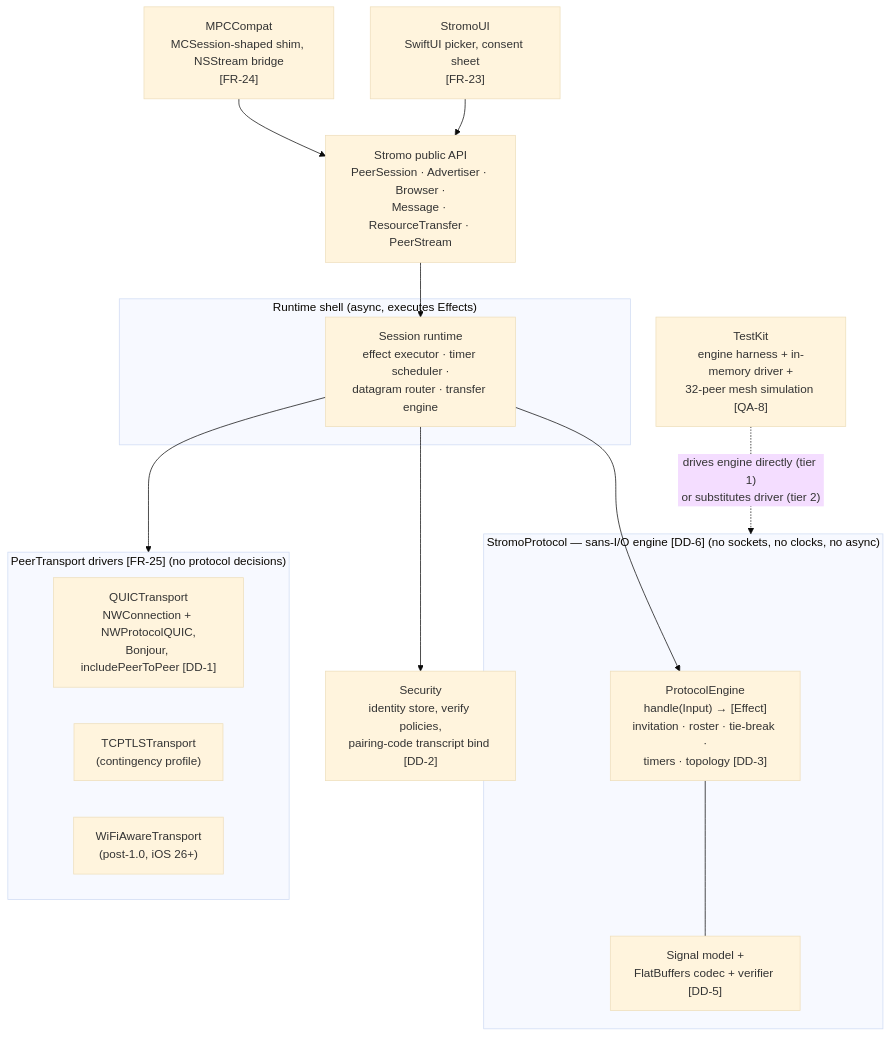
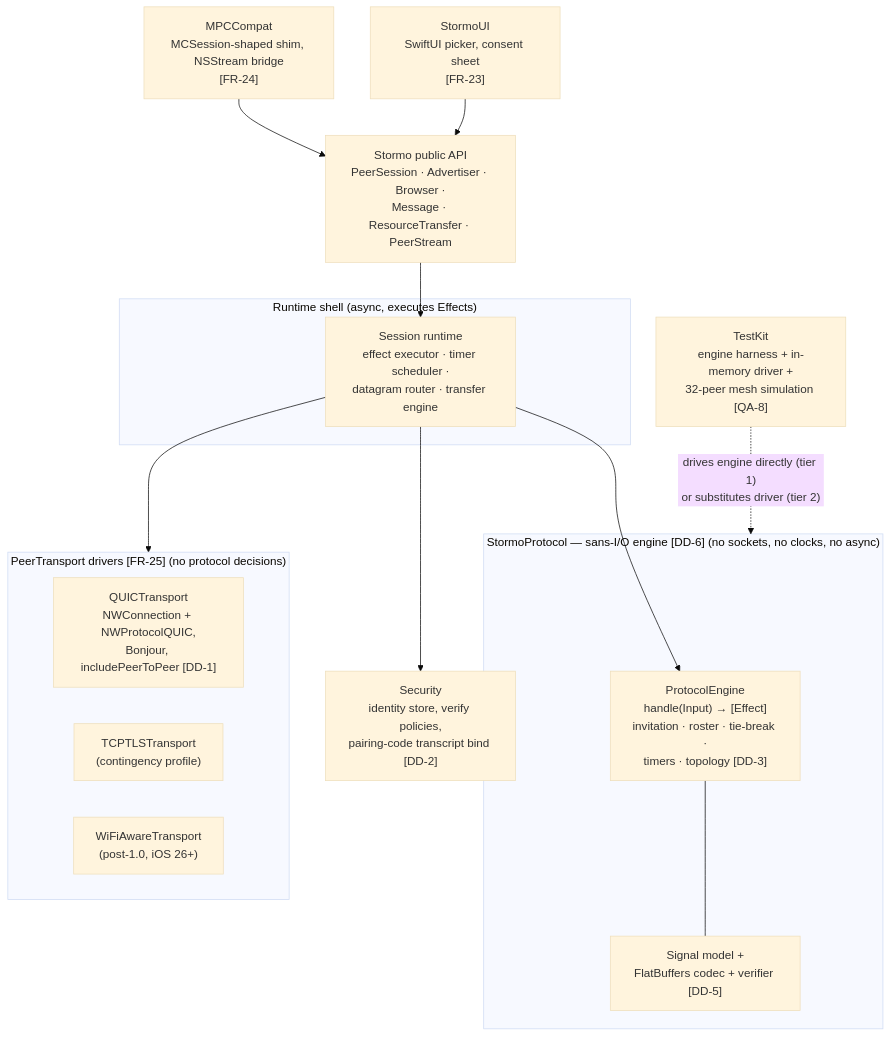
Before and after one commit to security-union/Stormo: the second of 8 diagrams in docs/design-mpc-successor.md, drawn with Mermaid (base theme). The commit also changed other lines of this file and 93 other files, not shown here.

First line of the commit message:
Fix the rename: Stromo -> Stormo, and finish the mechanical moves

````diff
--- a/docs/design-mpc-successor.md
+++ b/docs/design-mpc-successor.md
@@ -292,34 +292,34 @@
 ```mermaid
 flowchart TD
-    UI["StromoUI<br/>SwiftUI picker, consent sheet<br/>[FR-23]"]
+    UI["StormoUI<br/>SwiftUI picker, consent sheet<br/>[FR-23]"]
     COMPAT["MPCCompat<br/>MCSession-shaped shim, NSStream bridge<br/>[FR-24]"]
-    API["Stromo public API<br/>PeerSession · Advertiser · Browser ·<br/>Message · ResourceTransfer · PeerStream"]
+    API["Stormo public API<br/>PeerSession · Advertiser · Browser ·<br/>Message · ResourceTransfer · PeerStream"]
 
-    subgraph PROTO["StromoProtocol — sans-I/O engine [DD-6] (no sockets, no clocks, no async)"]
+    subgraph PROTO["StormoProtocol — sans-I/O engine [DD-6] (no sockets, no clocks, no async)"]
         ENGINE["ProtocolEngine<br/>handle(Input) → [Effect]<br/>invitation · roster · tie-break ·<br/>timers · topology [DD-3]"]
         SIGNAL["Signal model +<br/>FlatBuffers codec + verifier [DD-5]"]
     end
 
     SEC["Security<br/>identity store, verify policies,<br/>pairing-code transcript bind [DD-2]"]
 
     subgraph SHELL["Runtime shell (async, executes Effects)"]
         RUNTIME["Session runtime<br/>effect executor · timer scheduler ·<br/>datagram router · transfer engine"]
     end
 
     subgraph TRANS["PeerTransport drivers [FR-25] (no protocol decisions)"]
         QUIC["QUICTransport<br/>NWConnection + NWProtocolQUIC,<br/>Bonjour, includePeerToPeer [DD-1]"]
         TCP["TCPTLSTransport<br/>(contingency profile)"]
         WFA["WiFiAwareTransport<br/>(post-1.0, iOS 26+)"]
     end
 
     TESTKIT["TestKit<br/>engine harness + in-memory driver +<br/>32-peer mesh simulation [QA-8]"]
 
     UI --> API
     COMPAT --> API
     API --> RUNTIME
     RUNTIME --> ENGINE
     ENGINE --- SIGNAL
     RUNTIME --> SEC
     RUNTIME --> TRANS
     TESTKIT -. "drives engine directly (tier 1)<br/>or substitutes driver (tier 2)" .-> PROTO
 ```
````
